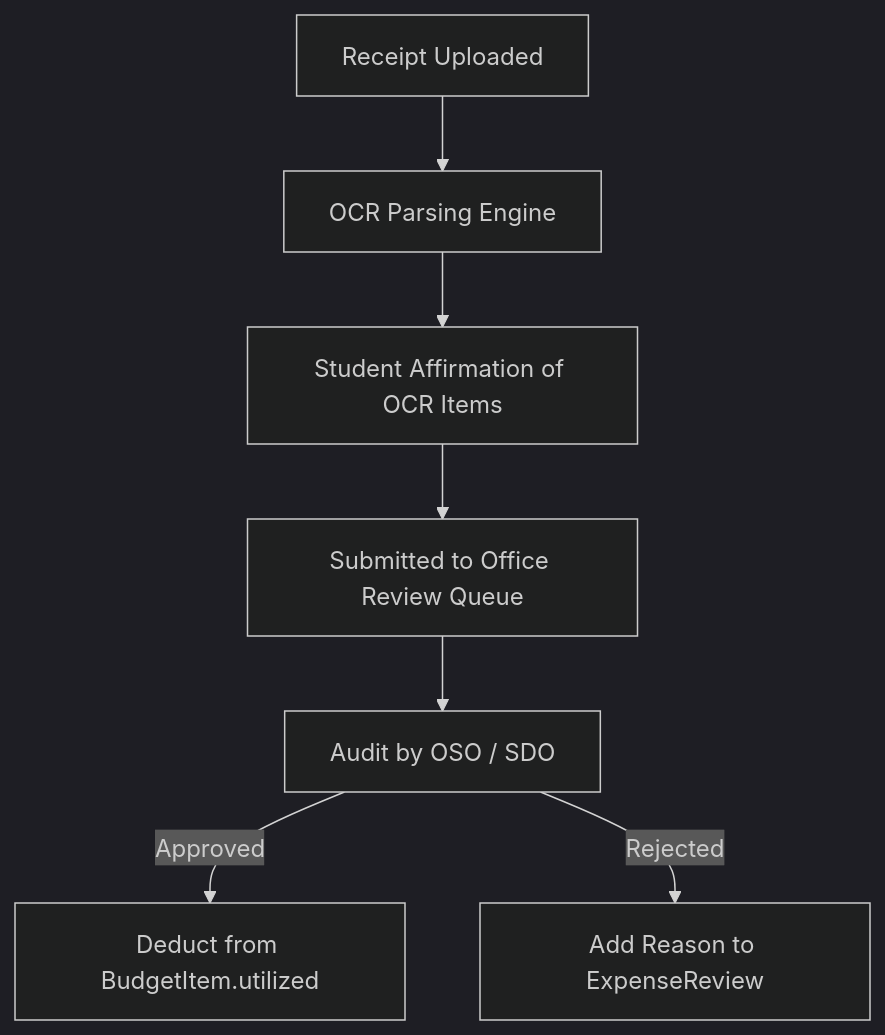
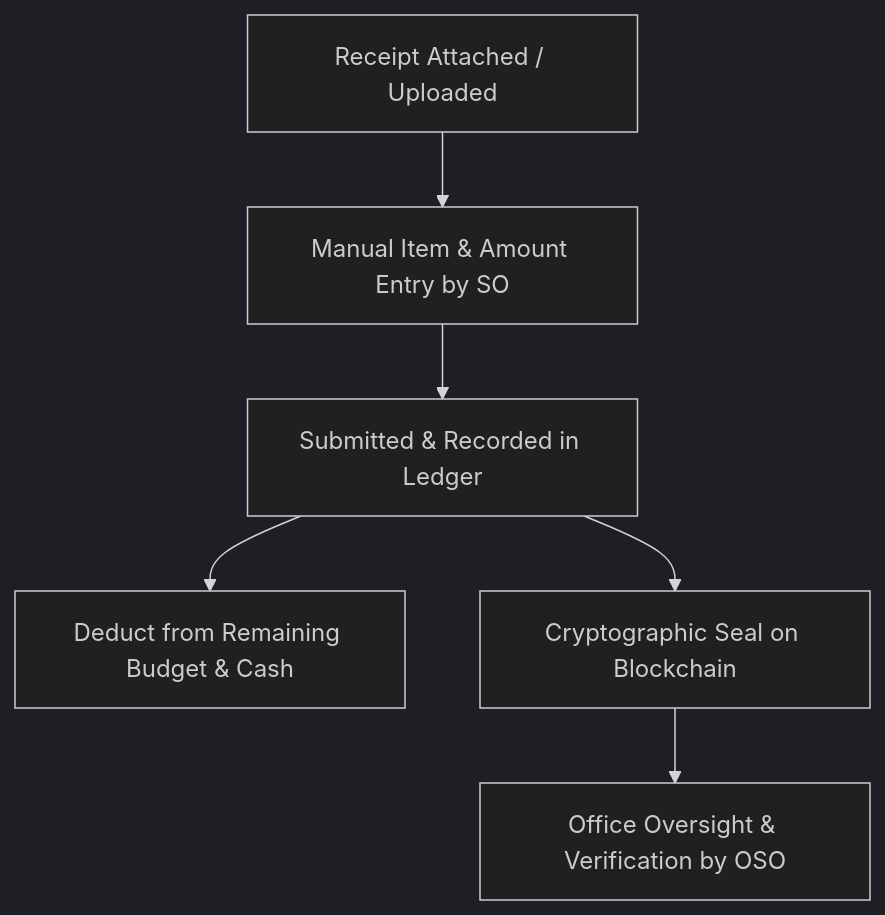
The diagram in ORGCHAIN/04 - Workflows and Business Processes/Expense Review and Financial Liquidation Flow.md (chals1029/OrgChainProject), drawn with Mermaid (dark theme) before and after one commit. The commit also changed other lines of this file and 44 other files, not shown here.

````diff
--- a/ORGCHAIN/04 - Workflows and Business Processes/Expense Review and Financial Liquidation Flow.md
+++ b/ORGCHAIN/04 - Workflows and Business Processes/Expense Review and Financial Liquidation Flow.md
@@ -9,9 +9,8 @@
 ```mermaid
 flowchart TD
-    RECEIPT[Receipt Uploaded] --> OCR[OCR Parsing Engine]
-    OCR --> REVIEW[Student Affirmation of OCR Items]
-    REVIEW --> QUEUE[Submitted to Office Review Queue]
-    QUEUE --> AUDITOR[Audit by OSO / SDO]
-    AUDITOR -- Approved --> DEDUCT[Deduct from BudgetItem.utilized]
-    AUDITOR -- Rejected --> NOTE[Add Reason to ExpenseReview]
+    RECEIPT[Receipt Attached / Uploaded] --> ENTRY[Manual Item & Amount Entry by SO]
+    ENTRY --> RECORD[Submitted & Recorded in Ledger]
+    RECORD --> DEDUCT[Deduct from Remaining Budget & Cash]
+    RECORD --> SEAL[Cryptographic Seal on Blockchain]
+    SEAL --> AUDIT[Office Oversight & Verification by OSO]
 ```
````
